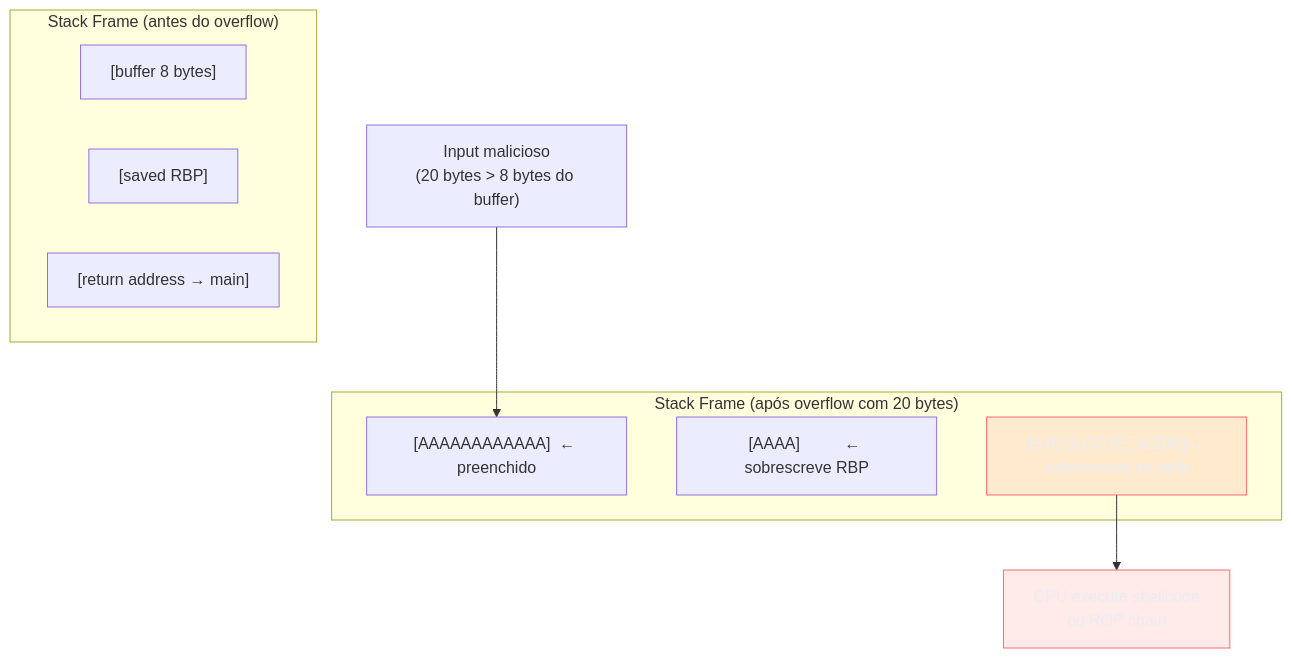
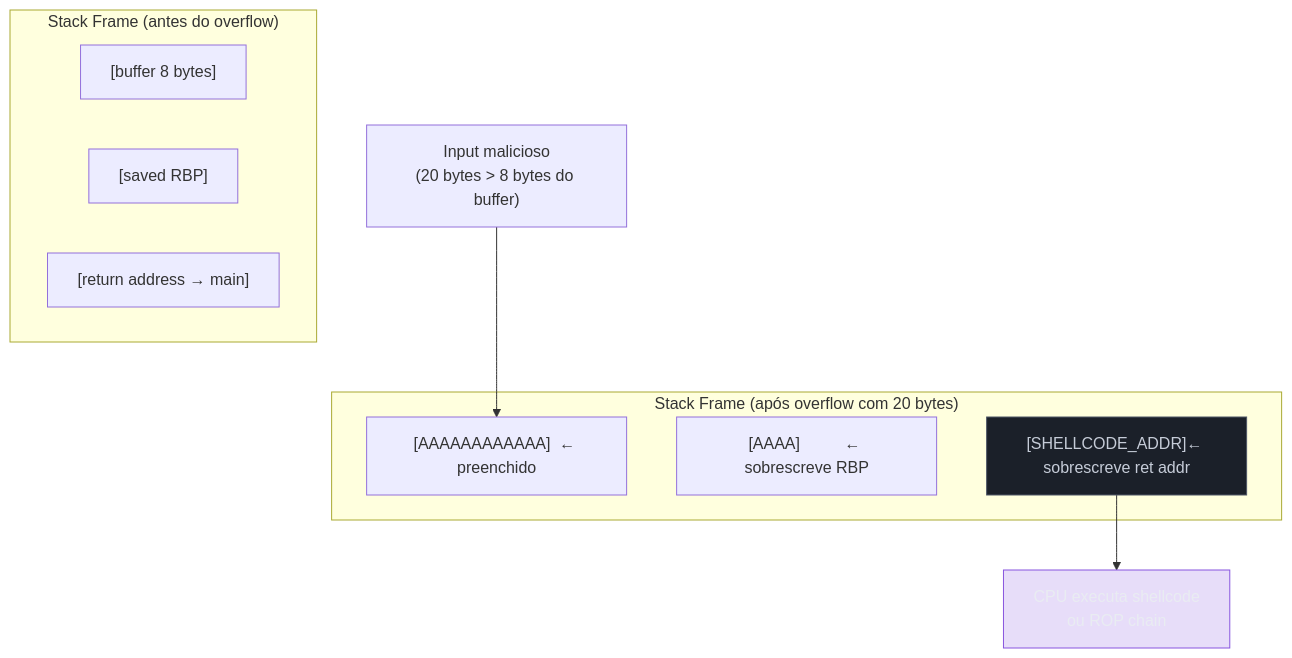
One commit to josenaldo/codex-technomanticus changed the third of 6 diagrams in 03-Dominios/Engenharia/Segurança/16 - Classes de vulnerabilidade.md. Above: the diagram before and after it, drawn with Mermaid. The commit also changed other lines of this file and 601 other files, not shown here.

````diff
--- a/03-Dominios/Engenharia/Segurança/16 - Classes de vulnerabilidade.md
+++ b/03-Dominios/Engenharia/Segurança/16 - Classes de vulnerabilidade.md
@@ -143,21 +144,22 @@
 ```mermaid
 flowchart TD
-    classDef falha fill:#FF6B6B24,stroke:#FF6B6B,color:#E9ECF2
+    classDef marca fill:#8855DF33,stroke:#8855DF,color:#E9ECF2
+    classDef neutro fill:#1B2029,stroke:#4E5666,color:#C6CCD8
     subgraph "Stack Frame (antes do overflow)"
         A["[buffer 8 bytes]"]
         B["[saved RBP]"]
         C["[return address → main]"]
     end
 
     subgraph "Stack Frame (após overflow com 20 bytes)"
         D["[AAAAAAAAAAAA]  ← preenchido"]
         E["[AAAA]          ← sobrescreve RBP"]
         F["[SHELLCODE_ADDR]← sobrescreve ret addr"]
     end
 
     overflow["Input malicioso\n(20 bytes > 8 bytes do buffer)"] --> D
     F --> exec["CPU executa shellcode\nou ROP chain"]
 
-    class F falha
-    class exec falha
+    class F neutro
+    class exec marca
 ```
````
